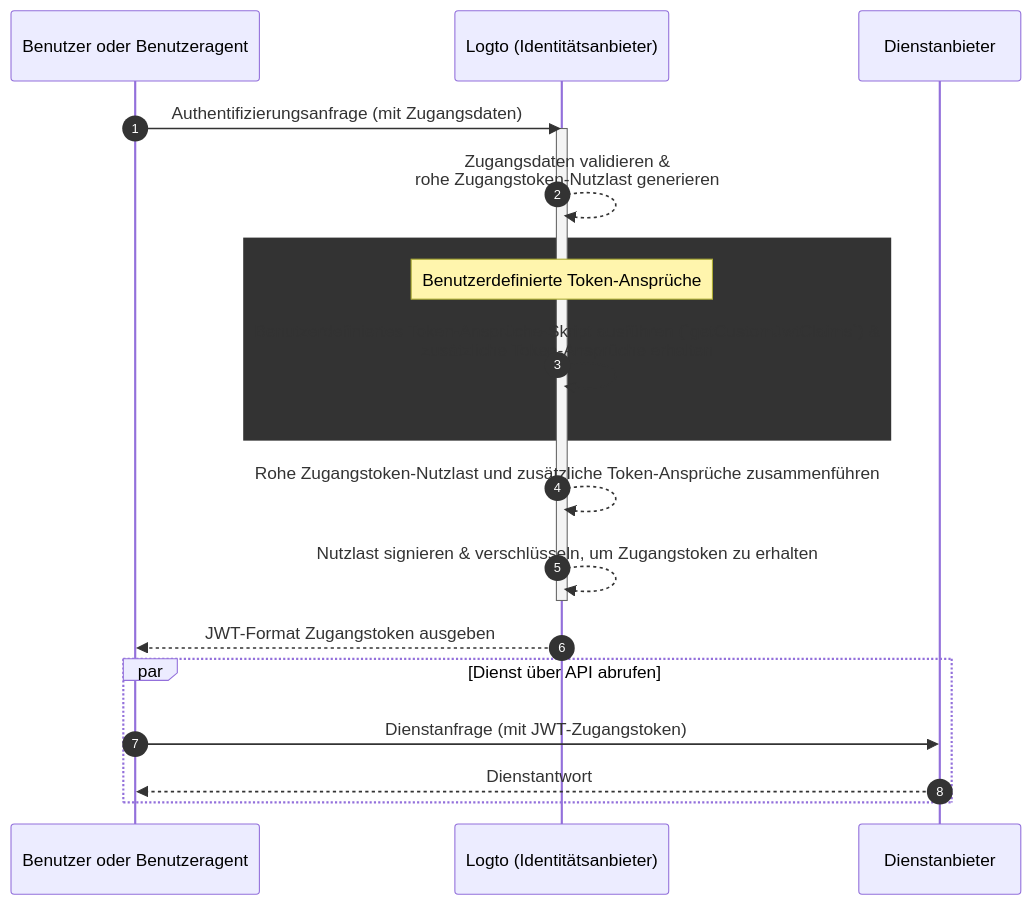
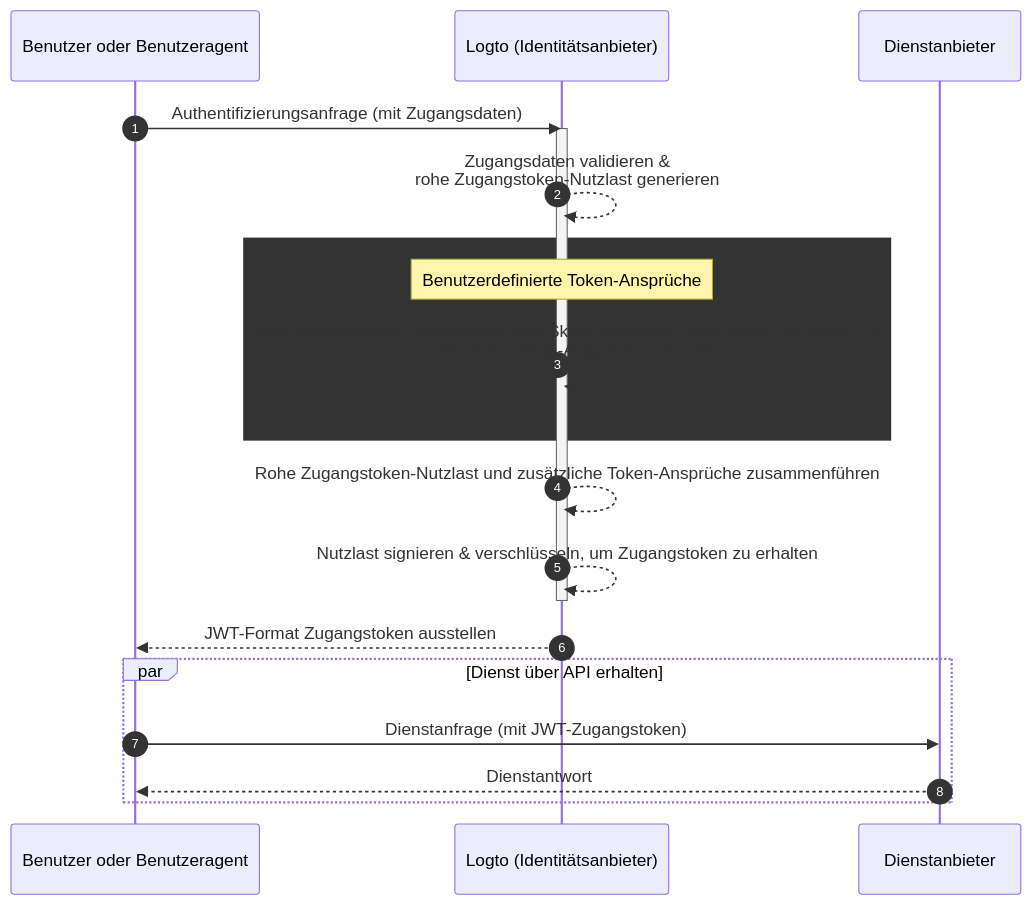
One commit to logto-io/docs changed the diagram in i18n/de/docusaurus-plugin-content-docs/current/developers/custom-token-claims/README.mdx. Above: the diagram before and after it, drawn with Mermaid. The commit also changed other lines of this file and 8 other files, not shown here.

````diff
--- a/i18n/de/docusaurus-plugin-content-docs/current/developers/custom-token-claims/README.mdx
+++ b/i18n/de/docusaurus-plugin-content-docs/current/developers/custom-token-claims/README.mdx
@@ -26,23 +26,23 @@
 ```mermaid
 sequenceDiagram
   participant U as Benutzer oder Benutzeragent
   participant IdP as Logto (Identitätsanbieter)
   participant SP as Dienstanbieter
 
   autonumber
   U ->> IdP: Authentifizierungsanfrage (mit Zugangsdaten)
   activate IdP
   IdP-->>IdP: Zugangsdaten validieren &<br/>rohe Zugangstoken-Nutzlast generieren
   rect var(--mermaid-rect-fill)
   note over IdP: Benutzerdefinierte Token-Ansprüche
   IdP->>IdP: Benutzerdefiniertes Token-Ansprüche-Skript ausführen (`getCustomJwtClaims`) &<br/>zusätzliche Token-Ansprüche erhalten
   end
   IdP-->>IdP: Rohe Zugangstoken-Nutzlast und zusätzliche Token-Ansprüche zusammenführen
   IdP-->>IdP: Nutzlast signieren & verschlüsseln, um Zugangstoken zu erhalten
   deactivate IdP
-  IdP-->>U: JWT-Format Zugangstoken ausgeben
-  par Dienst über API abrufen
+  IdP-->>U: JWT-Format Zugangstoken ausstellen
+  par Dienst über API erhalten
   U->>SP: Dienstanfrage (mit JWT-Zugangstoken)
   SP-->>U: Dienstantwort
   end
 ```
````
